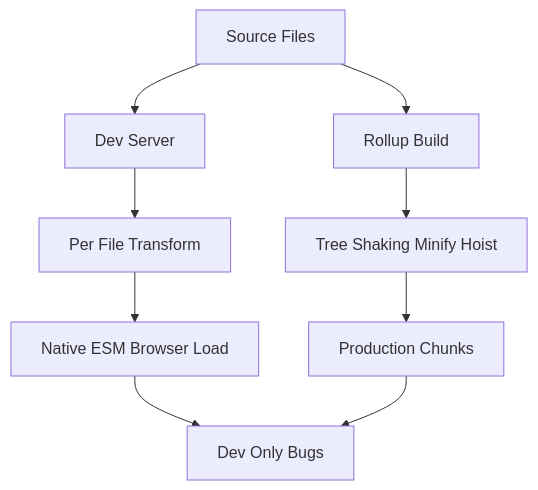
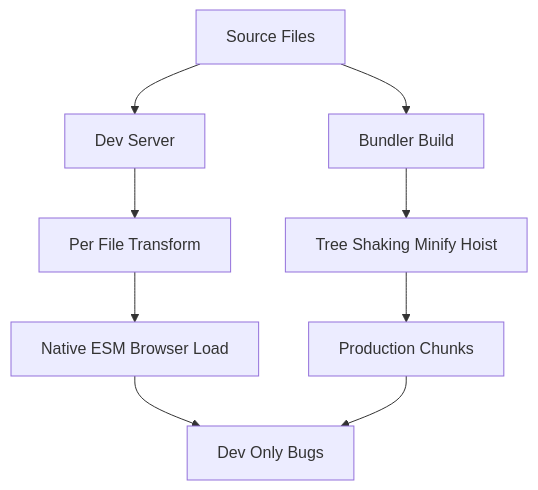
Before and after one commit to andrewchanlab/Self-Learning-Obsidian-Vault: the diagram in vite/2026-10-27 - Vite - Learning Point 20.md, drawn with Mermaid. The commit also changed other lines of this file and 9 other files, not shown here.

````diff
--- a/vite/2026-10-27 - Vite - Learning Point 20.md
+++ b/vite/2026-10-27 - Vite - Learning Point 20.md
@@ -44,11 +44,11 @@
 ```mermaid
 flowchart TD
     A[Source Files] --> B[Dev Server]
-    A --> C[Rollup Build]
+    A --> C[Bundler Build]
     B --> D[Per File Transform]
     D --> E[Native ESM Browser Load]
     C --> F[Tree Shaking Minify Hoist]
     F --> G[Production Chunks]
     E --> H[Dev Only Bugs]
     G --> H
 ```
````
